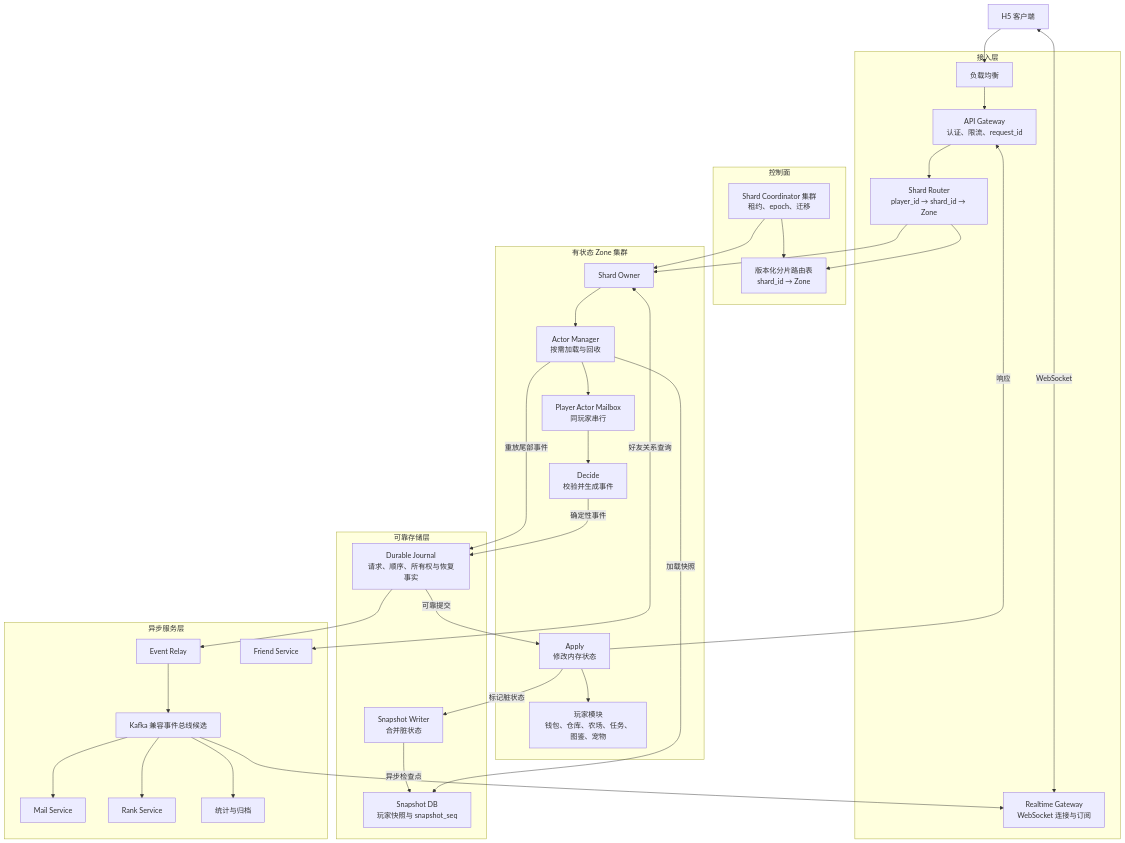
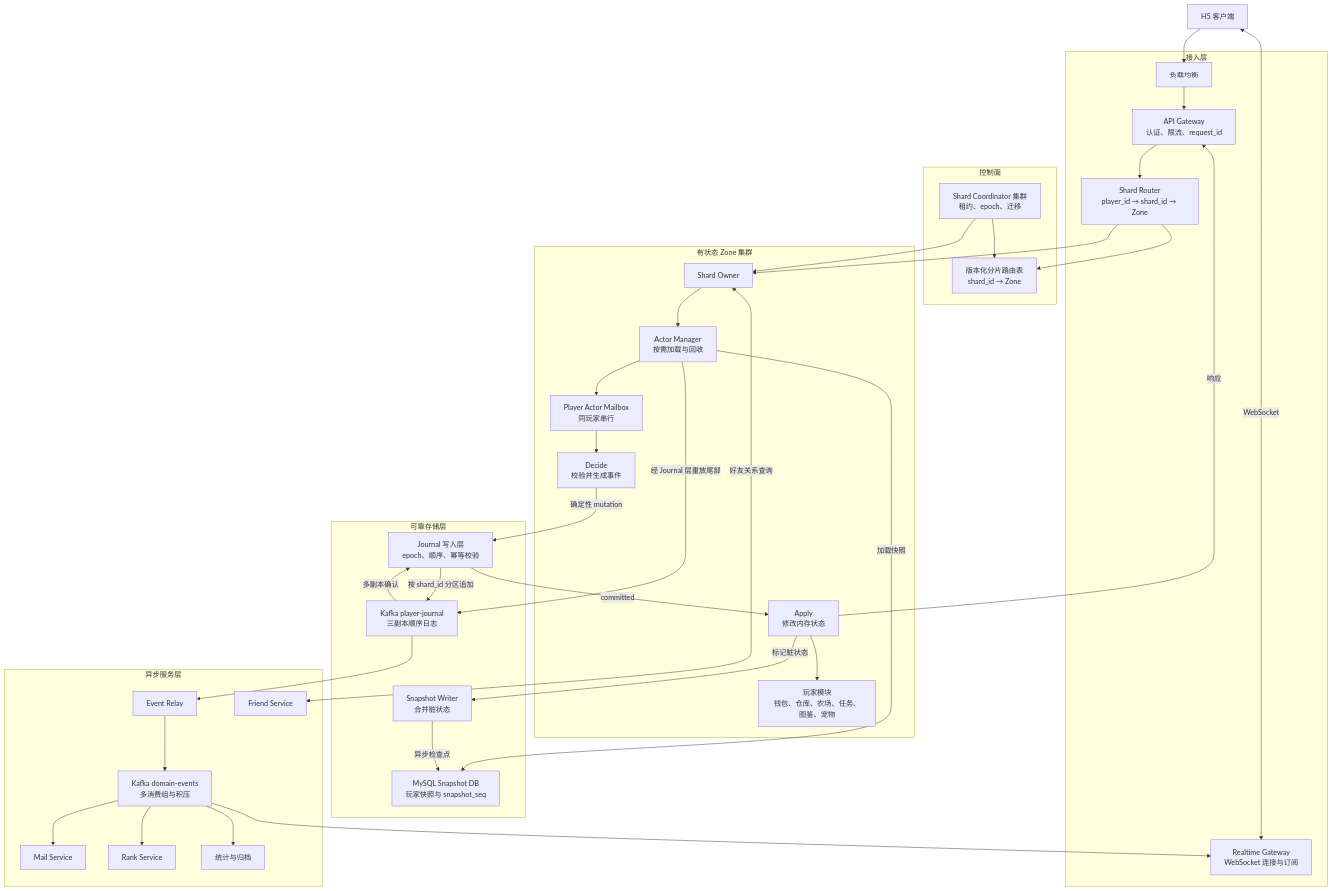
The second of 33 diagrams in docs/architecture/stateful-zone-v2-architecture.md (Wriosley/supernova-classic-farm), drawn with Mermaid before and after one commit. The commit also changed other lines of this file and 15 other files, not shown here.

````diff
--- a/docs/architecture/stateful-zone-v2-architecture.md
+++ b/docs/architecture/stateful-zone-v2-architecture.md
@@ -37,63 +38,66 @@
 ```mermaid
 flowchart TB
     C["H5 客户端"]
 
     subgraph ACCESS["接入层"]
         LB["负载均衡"]
         GW["API Gateway<br/>认证、限流、request_id"]
         RTG["Realtime Gateway<br/>WebSocket 连接与订阅"]
         ROUTER["Shard Router<br/>player_id → shard_id → Zone"]
     end
 
     subgraph CONTROL["控制面"]
         COORD["Shard Coordinator 集群<br/>租约、epoch、迁移"]
         ROUTE["版本化分片路由表<br/>shard_id → Zone"]
     end
 
     subgraph ZONE["有状态 Zone 集群"]
         OWNER["Shard Owner"]
         AM["Actor Manager<br/>按需加载与回收"]
         MB["Player Actor Mailbox<br/>同玩家串行"]
         DECIDE["Decide<br/>校验并生成事件"]
         APPLY["Apply<br/>修改内存状态"]
         MODULES["玩家模块<br/>钱包、仓库、农场、任务、图鉴、宠物"]
     end
 
     subgraph DURABLE["可靠存储层"]
-        JOURNAL["Durable Journal<br/>请求、顺序、所有权与恢复事实"]
-        SNAPSHOT["Snapshot DB<br/>玩家快照与 snapshot_seq"]
+        JOURNAL["Journal 写入层<br/>epoch、顺序、幂等校验"]
+        KAFKAJ["Kafka player-journal<br/>三副本顺序日志"]
+        SNAPSHOT["MySQL Snapshot DB<br/>玩家快照与 snapshot_seq"]
         SW["Snapshot Writer<br/>合并脏状态"]
     end
 
     subgraph ASYNC["异步服务层"]
         RELAY["Event Relay"]
-        MQ["Kafka 兼容事件总线候选"]
+        MQ["Kafka domain-events<br/>多消费组与积压"]
         FRIEND["Friend Service"]
         MAIL["Mail Service"]
         RANK["Rank Service"]
         ANALYTICS["统计与归档"]
     end
 
     C --> LB --> GW
     C <-->|"WebSocket"| RTG
     GW --> ROUTER
     ROUTER --> ROUTE
     ROUTER --> OWNER
     COORD --> ROUTE
     COORD --> OWNER
     OWNER --> AM --> MB --> DECIDE
-    DECIDE -->|"确定性事件"| JOURNAL
-    JOURNAL -->|"可靠提交"| APPLY
+    DECIDE -->|"确定性 mutation"| JOURNAL
+    JOURNAL -->|"按 shard_id 分区追加"| KAFKAJ
+    KAFKAJ -->|"多副本确认"| JOURNAL
+    JOURNAL -->|"committed"| APPLY
     APPLY --> MODULES
     APPLY -->|"响应"| GW
     AM -->|"加载快照"| SNAPSHOT
-    AM -->|"重放尾部事件"| JOURNAL
+    AM -->|"经 Journal 层重放尾部"| KAFKAJ
     APPLY -->|"标记脏状态"| SW
     SW -->|"异步检查点"| SNAPSHOT
-    JOURNAL --> RELAY --> MQ
+    KAFKAJ --> RELAY --> MQ
     MQ --> MAIL
     MQ --> RANK
     MQ --> ANALYTICS
     MQ --> RTG
     OWNER <-->|"好友关系查询"| FRIEND
 ```
````
